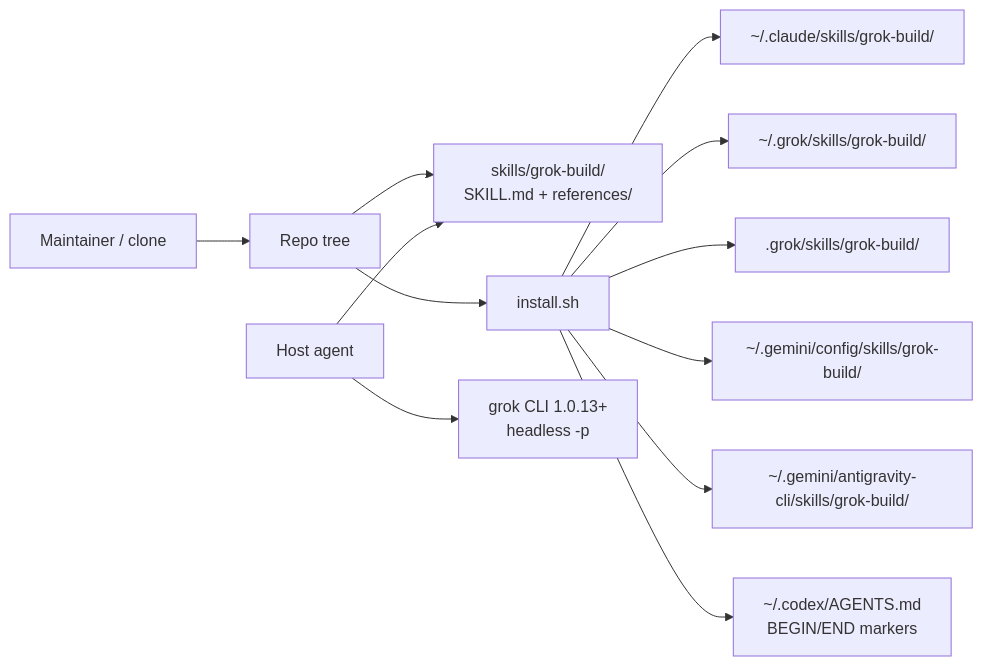
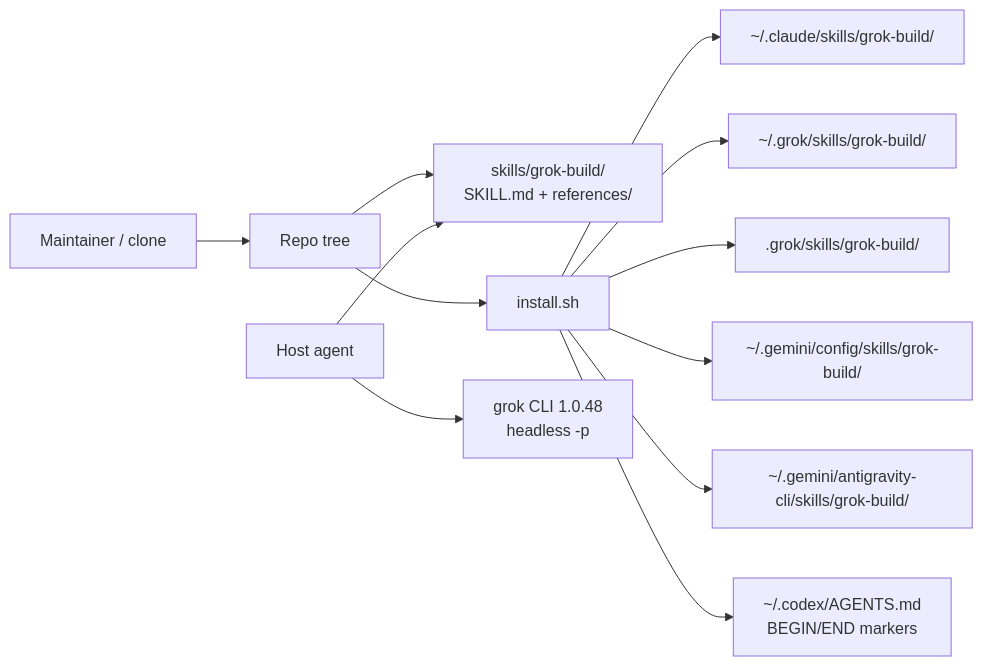
One commit to pedroknigge/grok-build-skill changed the diagram in docs/architecture.md. Above: the diagram before and after it, drawn with Mermaid. The commit also changed other lines of this file and 22 other files, not shown here.

First line of the commit message:
v3.3: Align grok-build skill with Grok Build CLI 1.0.48

````diff
--- a/docs/architecture.md
+++ b/docs/architecture.md
@@ -13,14 +13,14 @@
 ```mermaid
 flowchart LR
   Maintainer[Maintainer / clone] --> Tree[Repo tree]
   Tree --> SkillDir["skills/grok-build/\nSKILL.md + references/"]
   Tree --> Installer[install.sh]
   Installer --> Claude["~/.claude/skills/grok-build/"]
   Installer --> GrokUser["~/.grok/skills/grok-build/"]
   Installer --> Proj[".grok/skills/grok-build/"]
   Installer --> AgyGlobal["~/.gemini/config/skills/grok-build/"]
   Installer --> AgyCli["~/.gemini/antigravity-cli/skills/grok-build/"]
   Installer --> Codex["~/.codex/AGENTS.md\nBEGIN/END markers"]
   Host[Host agent] --> SkillDir
-  Host --> GrokBin["grok CLI 1.0.13+\nheadless -p"]
+  Host --> GrokBin["grok CLI 1.0.48\nheadless -p"]
 ```
````
